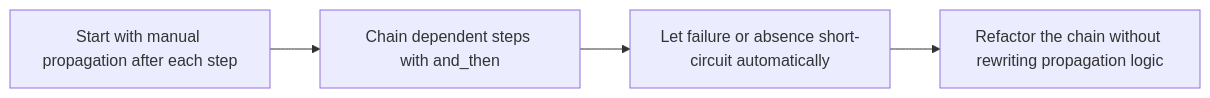
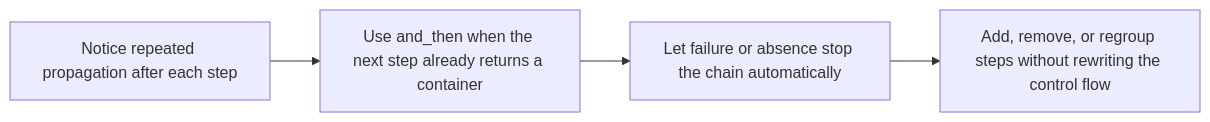
Before and after one commit to bijux/bijux-masterclass: the diagram in programs/python-programming/python-functional-programming/course-book/module-06-monadic-flow-explicit-context/and-then-and-bind.md, drawn with Mermaid. The commit also changed other lines of this file, not shown here.

````diff
--- a/programs/python-programming/python-functional-programming/course-book/module-06-monadic-flow-explicit-context/and-then-and-bind.md
+++ b/programs/python-programming/python-functional-programming/course-book/module-06-monadic-flow-explicit-context/and-then-and-bind.md
@@ -7,6 +6,6 @@
 ```mermaid
 flowchart LR
-  manual["Start with manual propagation after each step"] --> chain["Chain dependent steps with and_then"]
-  chain --> shortcircuit["Let failure or absence short-circuit automatically"]
-  shortcircuit --> refactor["Refactor the chain without rewriting propagation logic"]
+  smell["Notice repeated propagation after each step"] --> choose["Use and_then when the next step already returns a container"]
+  choose --> shortcircuit["Let failure or absence stop the chain automatically"]
+  shortcircuit --> refactor["Add, remove, or regroup steps without rewriting the control flow"]
 ```
````
